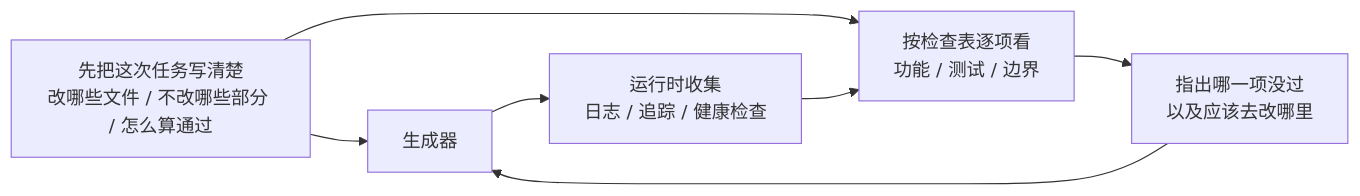
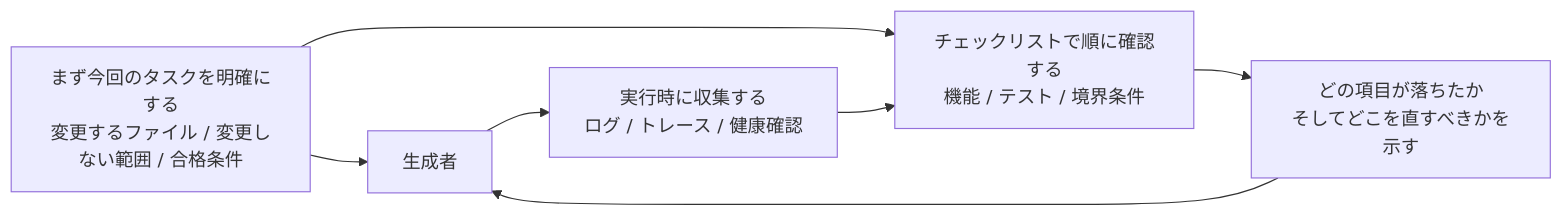
The diagram in docs/zh/lectures/lecture-11-why-observability-belongs-inside-the-harness/index.md (mkusaka/learn-harness-engineering), drawn with Mermaid before and after one commit. The commit also changed other lines of this file and 571 other files, not shown here.

````diff
--- a/docs/zh/lectures/lecture-11-why-observability-belongs-inside-the-harness/index.md
+++ b/docs/zh/lectures/lecture-11-why-observability-belongs-inside-the-harness/index.md
@@ -40,9 +40,9 @@
 ```mermaid
 flowchart LR
-    Contract["先把这次任务写清楚<br/>改哪些文件 / 不改哪些部分 / 怎么算通过"] --> Generator["生成器"]
-    Generator --> Signals["运行时收集<br/>日志 / 追踪 / 健康检查"]
-    Contract --> Review["按检查表逐项看<br/>功能 / 测试 / 边界"]
+    Contract["まず今回のタスクを明確にする<br/>変更するファイル / 変更しない範囲 / 合格条件"] --> Generator["生成者"]
+    Generator --> Signals["実行時に収集する<br/>ログ / トレース / 健康確認"]
+    Contract --> Review["チェックリストで順に確認する<br/>機能 / テスト / 境界条件"]
     Signals --> Review
-    Review --> Verdict["指出哪一项没过<br/>以及应该去改哪里"]
+    Review --> Verdict["どの項目が落ちたか<br/>そしてどこを直すべきかを示す"]
     Verdict --> Generator
 ```
````
